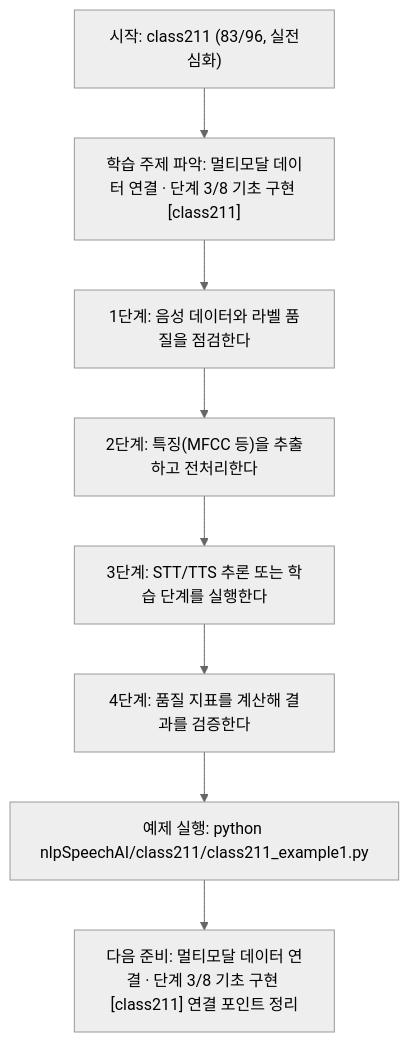
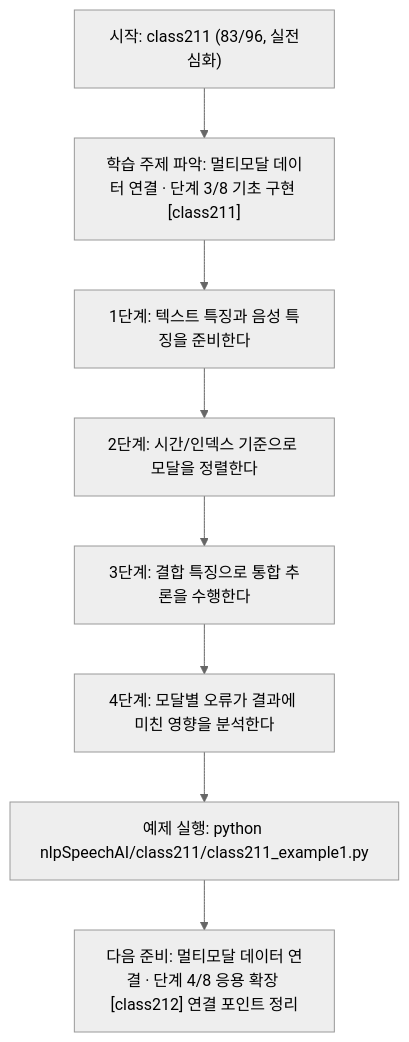
The diagram in nlpSpeechAI/class211/class211.md (edumgt/Python-AI_Agent-Class), drawn with Mermaid (neutral theme) before and after one commit. The commit also changed other lines of this file and 1122 other files, not shown here.

````diff
--- a/nlpSpeechAI/class211/class211.md
+++ b/nlpSpeechAI/class211/class211.md
@@ -114,18 +95,18 @@
 ```mermaid
 flowchart TD
 N1["시작: class211 (83/96, 실전심화)"]
 N2["학습 주제 파악: 멀티모달 데이터 연결 · 단계 3/8 기초 구현 [class211]"]
-N3["1단계: 음성 데이터와 라벨 품질을 점검한다"]
-N4["2단계: 특징(MFCC 등)을 추출하고 전처리한다"]
-N5["3단계: STT/TTS 추론 또는 학습 단계를 실행한다"]
-N6["4단계: 품질 지표를 계산해 결과를 검증한다"]
+N3["1단계: 텍스트 특징과 음성 특징을 준비한다"]
+N4["2단계: 시간/인덱스 기준으로 모달을 정렬한다"]
+N5["3단계: 결합 특징으로 통합 추론을 수행한다"]
+N6["4단계: 모달별 오류가 결과에 미친 영향을 분석한다"]
 N7["예제 실행: python nlpSpeechAI/class211/class211_example1.py"]
-N8["다음 준비: 멀티모달 데이터 연결 · 단계 3/8 기초 구현 [class211] 연결 포인트 정리"]
+N8["다음 준비: 멀티모달 데이터 연결 · 단계 4/8 응용 확장 [class212] 연결 포인트 정리"]
 N1 --> N2
 N2 --> N3
 N3 --> N4
 N4 --> N5
 N5 --> N6
 N6 --> N7
 N7 --> N8
 ```
````
